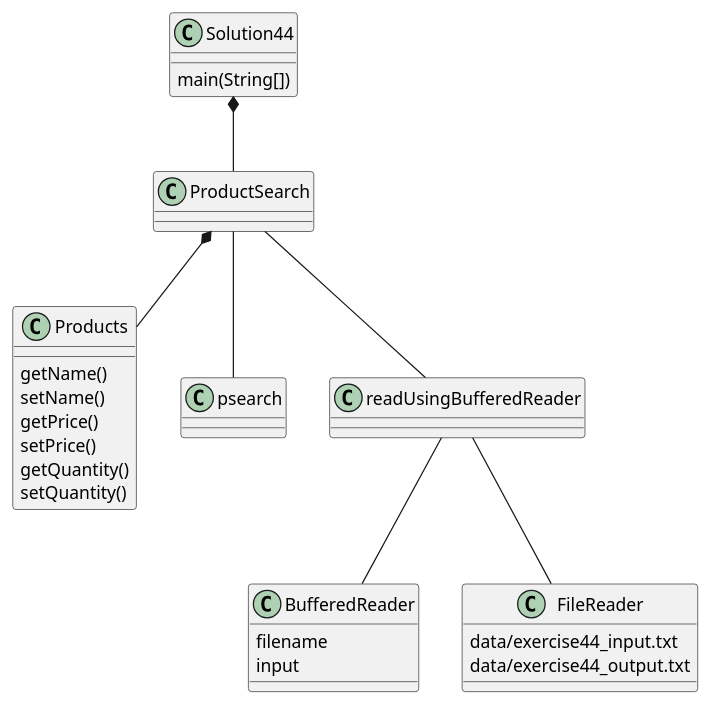
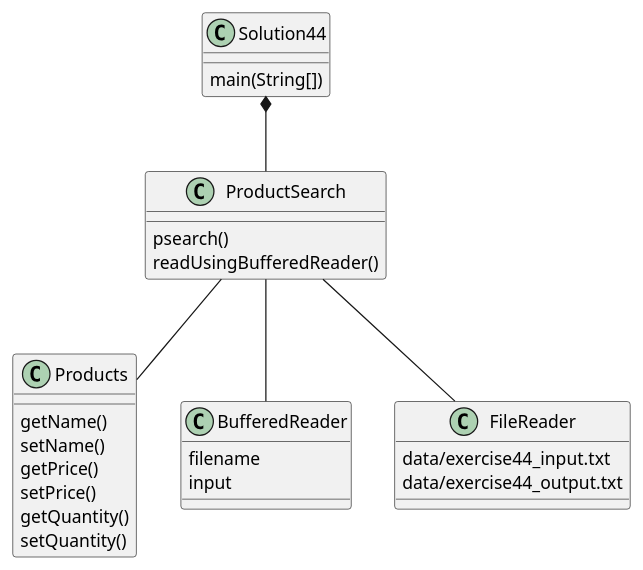
The diagram in exercise44/docs/exercise44.puml (MohitBallikar/Ballikar-a04), drawn with PlantUML before and after one commit. The commit also changed 3 other files, not shown here.

Commit message:
restructure and uml updates

```diff
--- a/exercise44/docs/exercise44.puml
+++ b/exercise44/docs/exercise44.puml
@@ -1,36 +1,37 @@
 @startuml
 class Solution44 {
     main(String[])
 }
 Solution44 *--ProductSearch
 
 class ProductSearch{
-
+psearch()
+readUsingBufferedReader()
 }
 class Products{
 getName()
 setName()
 getPrice()
 setPrice()
 getQuantity()
 setQuantity()
 }
-ProductSearch -- psearch
-ProductSearch *-- Products
-ProductSearch -- readUsingBufferedReader
-readUsingBufferedReader -- BufferedReader
-readUsingBufferedReader -- FileReader
+
+ProductSearch -- Products
+
+ProductSearch -- BufferedReader
+ProductSearch -- FileReader
 
 class FileReader
 {
 data/exercise44_input.txt
 data/exercise44_output.txt
 }
 
 class BufferedReader
 {
 filename
 input
 }
 
 @enduml
```
